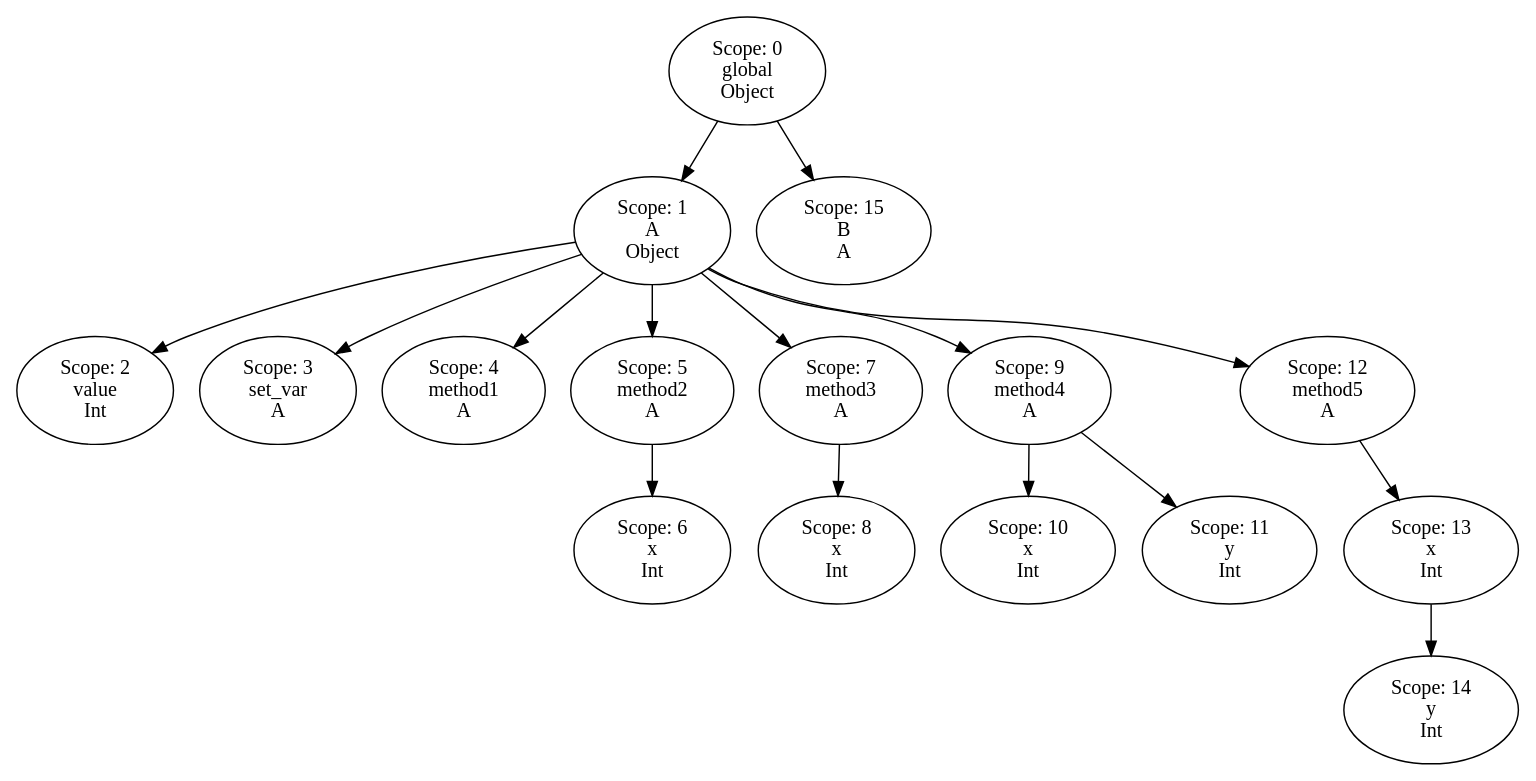
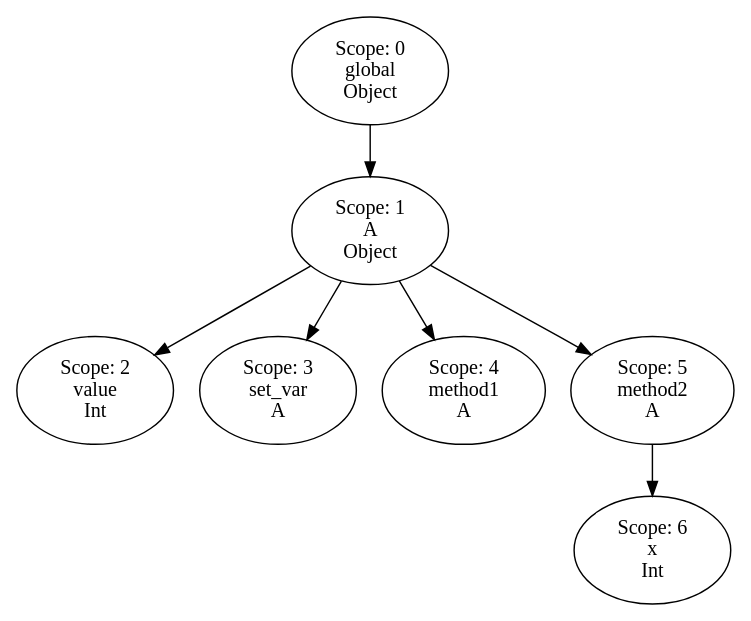
One commit to Jack200133/Compiladores changed the diagram in output/symbol_table.gv. Above: the diagram before and after it, drawn with Graphviz. The commit also changed 10 other files, not shown here.

```diff
--- a/output/symbol_table.gv
+++ b/output/symbol_table.gv
@@ -1,66 +1,30 @@
 // SYMBOL TABLE
 digraph {
 	0 [label="Scope: 0
 global
 Object"]
 	0 -> 1
 	1 [label="Scope: 1
 A
 Object"]
 	1 -> 2
 	2 [label="Scope: 2
 value
 Int"]
 	1 -> 3
 	3 [label="Scope: 3
 set_var
 A"]
 	1 -> 4
 	4 [label="Scope: 4
 method1
 A"]
 	1 -> 5
 	5 [label="Scope: 5
 method2
 A"]
 	5 -> 6
 	6 [label="Scope: 6
 x
 Int"]
-	1 -> 7
-	7 [label="Scope: 7
-method3
-A"]
-	7 -> 8
-	8 [label="Scope: 8
-x
-Int"]
-	1 -> 9
-	9 [label="Scope: 9
-method4
-A"]
-	9 -> 10
-	10 [label="Scope: 10
-x
-Int"]
-	9 -> 11
-	11 [label="Scope: 11
-y
-Int"]
-	1 -> 12
-	12 [label="Scope: 12
-method5
-A"]
-	12 -> 13
-	13 [label="Scope: 13
-x
-Int"]
-	13 -> 14
-	14 [label="Scope: 14
-y
-Int"]
-	0 -> 15
-	15 [label="Scope: 15
-B
-A"]
 }
```
